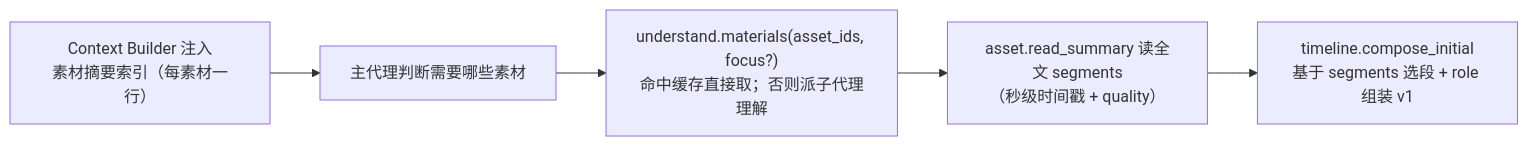
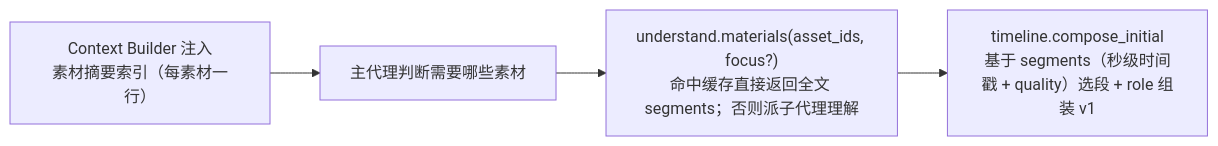
Before and after one commit to nanzhi84/Rushes: diagram 19 of 23 in PRD.md, drawn with Mermaid. The commit also changed other lines of this file and 185 other files, not shown here.

````diff
--- a/PRD.md
+++ b/PRD.md
@@ -1545,7 +1512,6 @@
 ```mermaid
 flowchart LR
   CB["Context Builder 注入<br/>素材摘要索引（每素材一行）"] --> A["主代理判断需要哪些素材"]
-  A --> U["understand.materials(asset_ids, focus?)<br/>命中缓存直接取；否则派子代理理解"]
-  U --> S["asset.read_summary 读全文 segments<br/>（秒级时间戳 + quality）"]
-  S --> C["timeline.compose_initial<br/>基于 segments 选段 + role 组装 v1"]
+  A --> U["understand.materials(asset_ids, focus?)<br/>命中缓存直接返回全文 segments；否则派子代理理解"]
+  U --> C["timeline.compose_initial<br/>基于 segments（秒级时间戳 + quality）选段 + role 组装 v1"]
 ```
````
